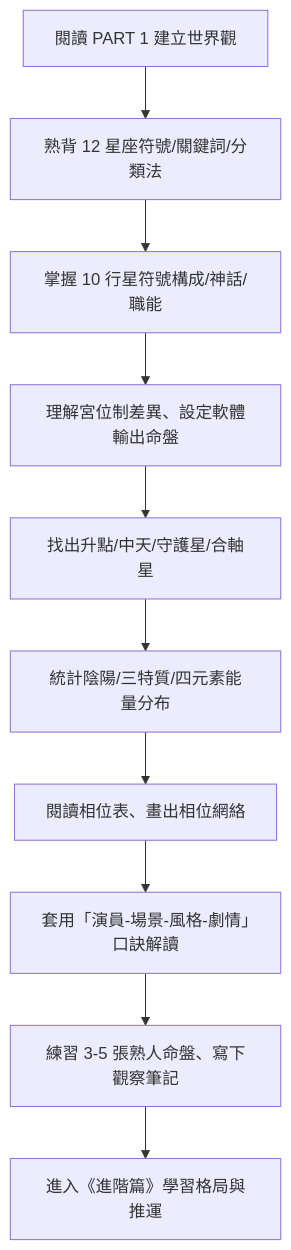
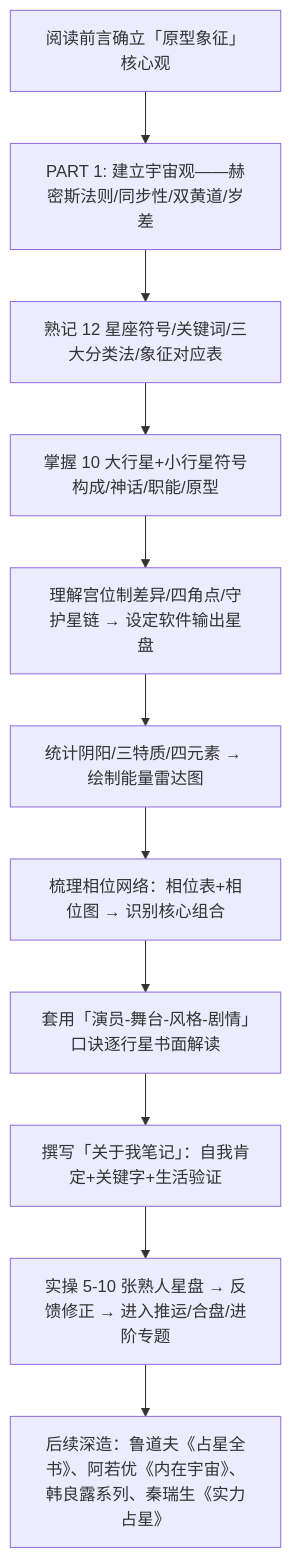
Before and after one commit to OpenDocCN1/mystery-llm-wiki: the second of 2 diagrams in pages/astrology-made-simple-series.md, drawn with Mermaid. The commit also changed other lines of this file, not shown here.

````diff
--- a/pages/astrology-made-simple-series.md
+++ b/pages/astrology-made-simple-series.md
@@ -171,12 +268,13 @@
 ```mermaid
 flowchart TD
-    A[閱讀 PART 1 建立世界觀] --> B[熟背 12 星座符號/關鍵詞/分類法]
-    B --> C[掌握 10 行星符號構成/神話/職能]
-    C --> D[理解宮位制差異、設定軟體輸出命盤]
-    D --> E[找出升點/中天/守護星/合軸星]
-    E --> F[統計陰陽/三特質/四元素能量分布]
-    F --> G[閱讀相位表、畫出相位網絡]
-    G --> H[套用「演員-場景-風格-劇情」口訣解讀]
-    H --> I[練習 3-5 張熟人命盤、寫下觀察筆記]
-    I --> J[進入《進階篇》學習格局與推運]
+    A[阅读前言确立「原型象征」核心观] --> B[PART 1: 建立宇宙观——赫密斯法则/同步性/双黄道/岁差]
+    B --> C[熟记 12 星座符号/关键词/三大分类法/象征对应表]
+    C --> D[掌握 10 大行星+小行星符号构成/神话/职能/原型]
+    D --> E[理解宫位制差异/四角点/守护星链 → 设定软件输出星盘]
+    E --> F[统计阴阳/三特质/四元素 → 绘制能量雷达图]
+    F --> G[梳理相位网络：相位表+相位图 → 识别核心组合]
+    G --> H[套用「演员-舞台-风格-剧情」口诀逐行星书面解读]
+    H --> I[撰写「关于我笔记」：自我肯定+关键字+生活验证]
+    I --> J[实操 5-10 张熟人星盘 → 反馈修正 → 进入推运/合盘/进阶专题]
+    J --> K[后续深造：鲁道夫《占星全书》、阿若优《内在宇宙》、韩良露系列、秦瑞生《实力占星》]
 ```
````
